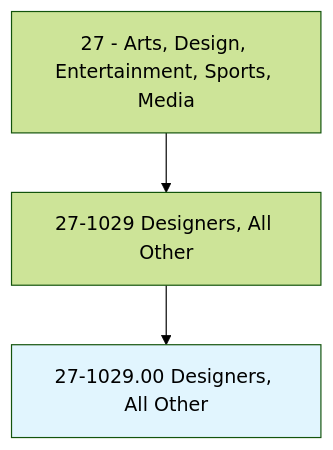
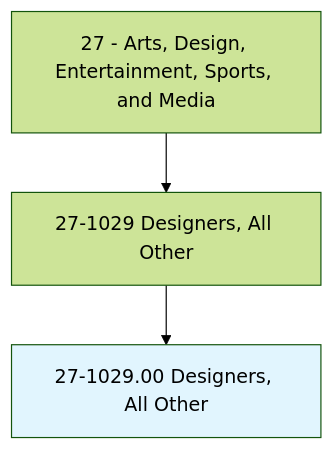
The first of 4 diagrams in occupations/ArtsMedia/Designers.mdx (kziemski/business.org.ai), drawn with Mermaid (forest theme) before and after one commit. The commit also changed other lines of this file and 938 other files, not shown here.

````diff
--- a/occupations/ArtsMedia/Designers.mdx
+++ b/occupations/ArtsMedia/Designers.mdx
@@ -19,6 +23,6 @@
 ```mermaid
 graph TD
-    Cat27["27 - Arts, Design, Entertainment, Sports, Media"] --> Group271029["27-1029 Designers, All Other"]
+    Cat27["27 - Arts, Design, Entertainment, Sports, and Media"] --> Group271029["27-1029 Designers, All Other"]
     Group271029 --> Current["27-1029.00 Designers, All Other"]
     style Current fill:#e1f5fe
 ```
````
